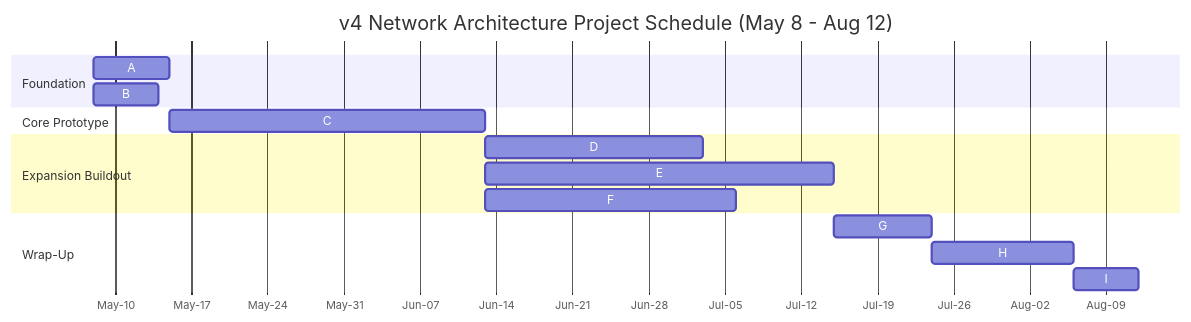
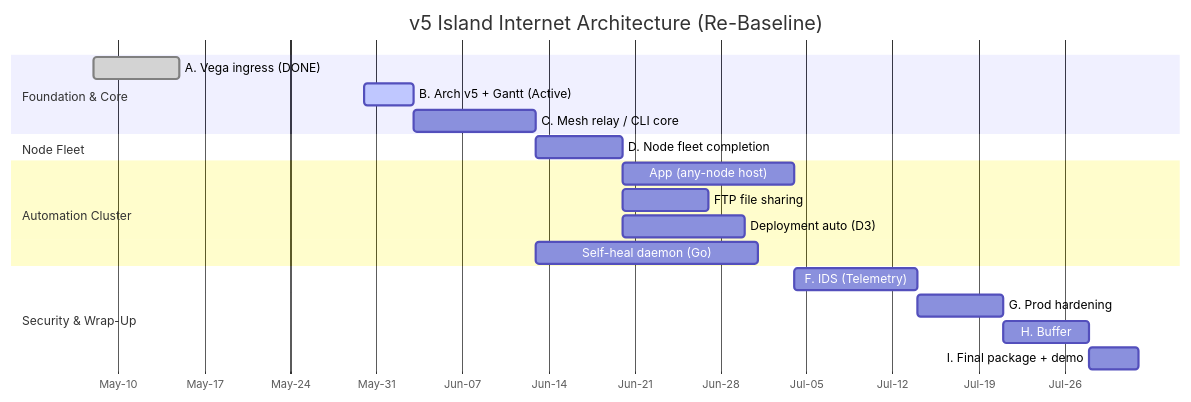
One commit to willcode4jobs/vpn-pi changed the diagram in docs/gannt/pert/gannt_chart.md. Above: the diagram before and after it, drawn with Mermaid.

Commit message:
Update Gantt chart title and structure for v5

````diff
--- a/docs/gannt/pert/gannt_chart.md
+++ b/docs/gannt/pert/gannt_chart.md
@@ -1,24 +1,26 @@
 ```mermaid
 gantt
-    title v4 Network Architecture Project Schedule (May 8 - Aug 12)
+    title v5 Island Internet Architecture (Re-Baseline)
     dateFormat  YYYY-MM-DD
     axisFormat  %b-%d
-    todayMarker off
-
-    section Foundation
-    A    :a, 2026-05-08, 7d
-    B    :b, 2026-05-08, 6d
-
-    section Core Prototype
-    C    :c, after a, 29d
-
-    section Expansion Buildout
-    D    :d, after c, 20d
-    E    :e, after c, 32d
-    F    :f, after c, 23d
-
-    section Wrap-Up
-    G    :g, after e, 9d
-    H    :h, after g, 13d
-    I    :i, after h, 6d
+    
+    section Foundation & Core
+    A. Vega ingress (DONE)           :done, a, 2026-05-08, 2026-05-15
+    B. Arch v5 + Gantt (Active)      :active, b, 2026-05-30, 4d
+    C. Mesh relay / CLI core         :c, after b, 10d
+    
+    section Node Fleet
+    D. Node fleet completion         :d, after c, 7d
+    
+    section Automation Cluster
+    App (any-node host)              :app, after d, 14d
+    FTP file sharing                 :ftp, after d, 7d
+    Deployment auto (D3)             :dep, after d, 10d
+    Self-heal daemon (Go)            :dae, after c, 18d
+    
+    section Security & Wrap-Up
+    F. IDS (Telemetry)               :f, after app ftp dep, 10d
+    G. Prod hardening                :g, after f dae, 7d
+    H. Buffer                        :h, after g, 7d
+    I. Final package + demo          :i, after h, 4d
 ```
````
